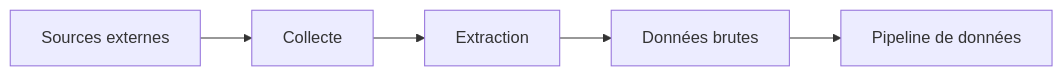
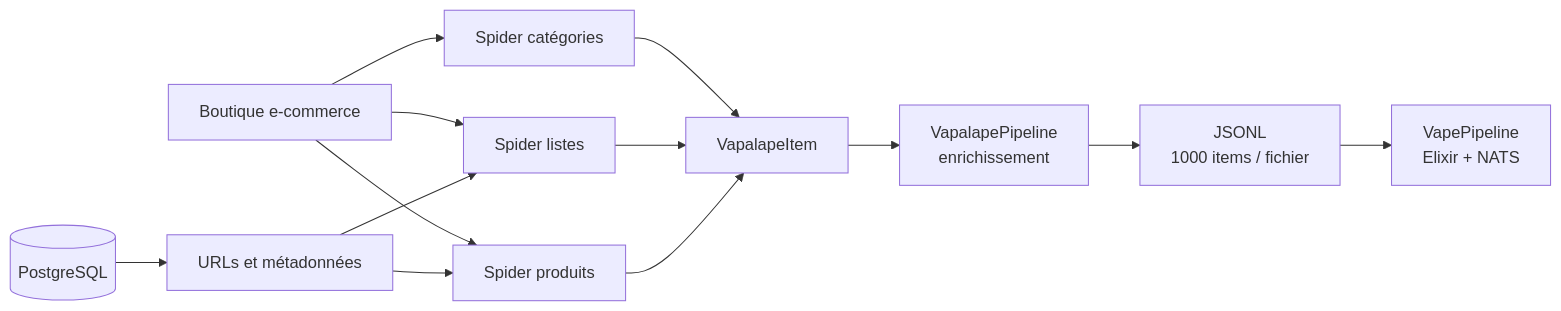
One commit to darkslategrey/vapalape-public changed the diagram in scraper/README.md. Above: the diagram before and after it, drawn with Mermaid. The commit also changed other lines of this file and 6 other files, not shown here.

````diff
--- a/scraper/README.md
+++ b/scraper/README.md
@@ -16,7 +24,15 @@
 ```mermaid
 flowchart LR
-    X[Sources externes] --> C[Collecte]
-    C --> E[Extraction]
-    E --> B[Données brutes]
-    B --> P[Pipeline de données]
+    B[Boutique e-commerce] --> C[Spider catégories]
+    B --> L[Spider listes]
+    B --> P[Spider produits]
+    C --> I[VapalapeItem]
+    L --> I
+    P --> I
+    I --> VP[VapalapePipeline\nenrichissement]
+    VP --> JSON[JSONL\n1000 items / fichier]
+    JSON --> N[VapePipeline\nElixir + NATS]
+    DB[(PostgreSQL)] --> R[URLs et métadonnées]
+    R --> L
+    R --> P
 ```
````
